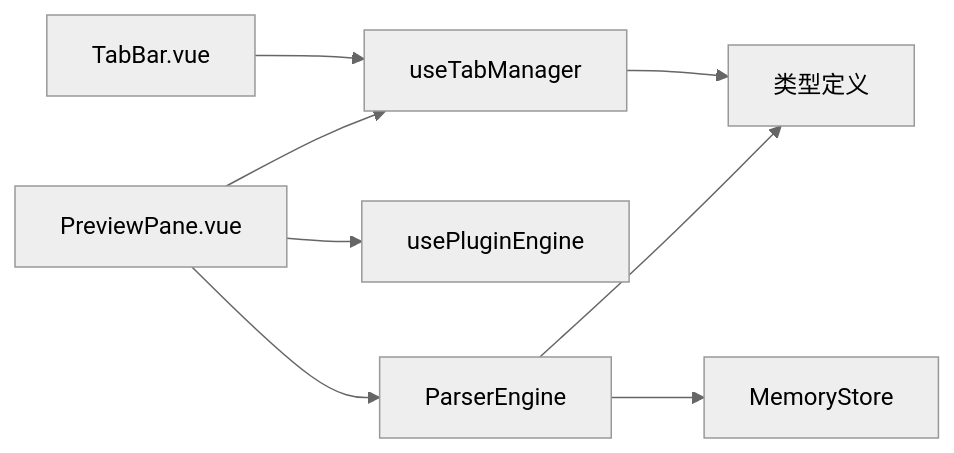
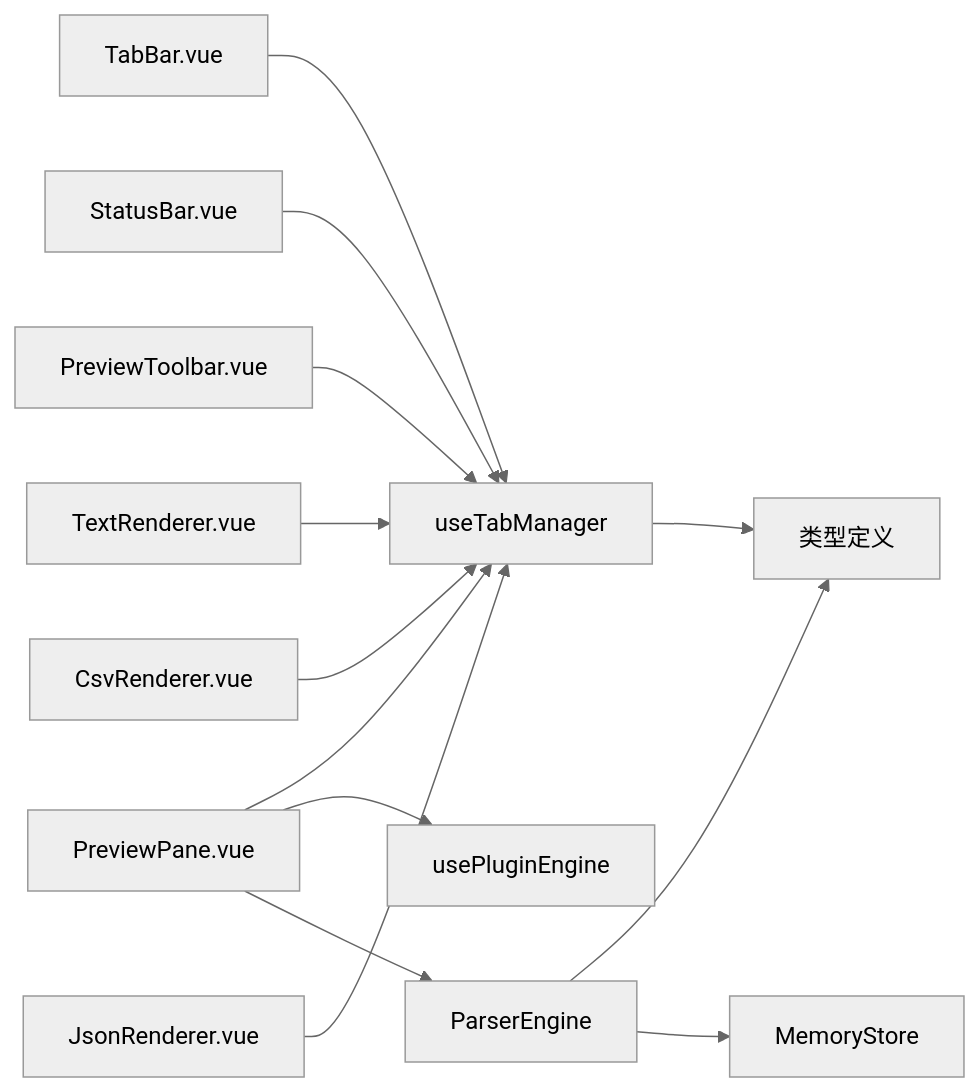
One commit to taoweidong/Hello-Tauri changed the seventh of 7 diagrams in .qoder/repowiki/zh/content/架构设计/数据流模式/组合式函数数据逻辑/标签页管理组合函数.md. Above: the diagram before and after it, drawn with Mermaid (neutral theme). The commit also changed other lines of this file and 13 other files, not shown here.

````diff
--- a/.qoder/repowiki/zh/content/架构设计/数据流模式/组合式函数数据逻辑/标签页管理组合函数.md
+++ b/.qoder/repowiki/zh/content/架构设计/数据流模式/组合式函数数据逻辑/标签页管理组合函数.md
@@ -368,10 +486,15 @@
 ```mermaid
 graph LR
 UT["useTabManager"] --> T["类型定义"]
 TB["TabBar.vue"] --> UT
 PP["PreviewPane.vue"] --> UT
 PP --> UP["usePluginEngine"]
 PP --> PE["ParserEngine"]
+SB["StatusBar.vue"] --> UT
+PT["PreviewToolbar.vue"] --> UT
+TR["TextRenderer.vue"] --> UT
+CR["CsvRenderer.vue"] --> UT
+JR["JsonRenderer.vue"] --> UT
 PE --> T
 PE --> MS["MemoryStore"]
 ```
````
